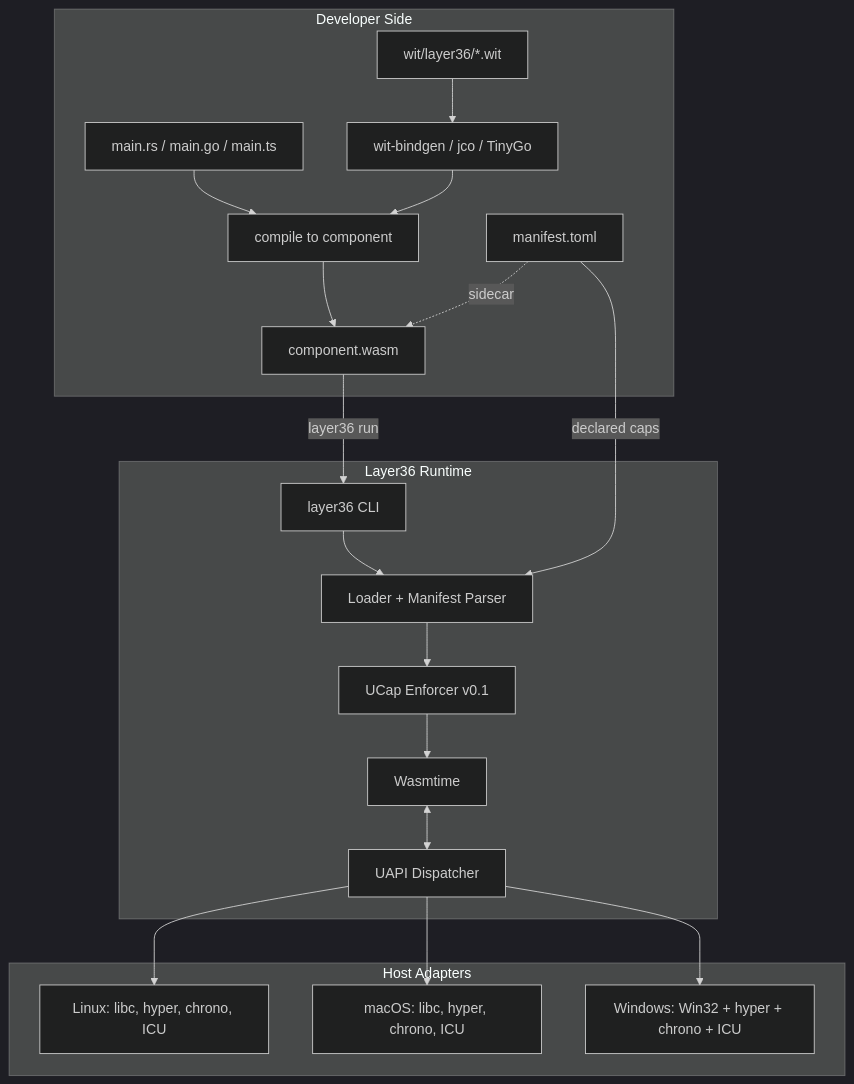
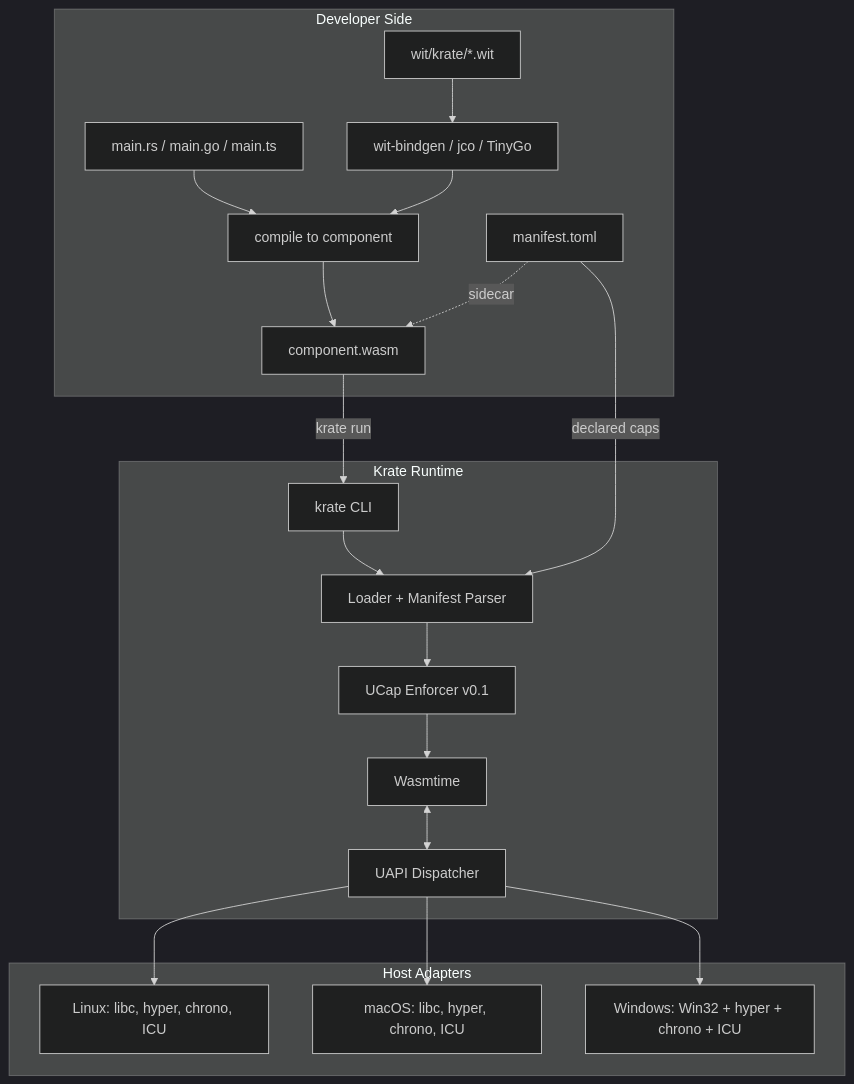
Before and after one commit to incyashraj/krate: the first of 5 diagrams in Plan/Phase-2-Plan.md, drawn with Mermaid (dark theme). The commit also changed other lines of this file and 342 other files, not shown here.

First line of the commit message:
feat!: rename Layer36 to Krate across the entire system (A9 Phase B)

````diff
--- a/Plan/Phase-2-Plan.md
+++ b/Plan/Phase-2-Plan.md
@@ -145,37 +145,37 @@
 ```mermaid
 flowchart TB
     subgraph Dev["Developer Side"]
         SRC["main.rs / main.go / main.ts"]
-        WIT["wit/layer36/*.wit"]
+        WIT["wit/krate/*.wit"]
         WITG["wit-bindgen / jco / TinyGo"]
         CC["compile to component"]
         MANIFEST["manifest.toml"]
         COMP["component.wasm"]
         SRC --> CC
         WIT --> WITG --> CC
         CC --> COMP
         MANIFEST -.sidecar.-> COMP
     end
 
-    subgraph RT["Layer36 Runtime"]
-        CLI["layer36 CLI"]
+    subgraph RT["Krate Runtime"]
+        CLI["krate CLI"]
         LOAD["Loader + Manifest Parser"]
         UCAP["UCap Enforcer v0.1"]
         ENGINE["Wasmtime"]
         DISP["UAPI Dispatcher"]
         CLI --> LOAD --> UCAP --> ENGINE
         ENGINE <--> DISP
     end
 
     subgraph ADPT["Host Adapters"]
         LINUX["Linux: libc, hyper, chrono, ICU"]
         MACOS["macOS: libc, hyper, chrono, ICU"]
         WIN["Windows: Win32 + hyper + chrono + ICU"]
     end
 
-    COMP -->|layer36 run| CLI
+    COMP -->|krate run| CLI
     MANIFEST -->|declared caps| LOAD
     DISP --> LINUX
     DISP --> MACOS
     DISP --> WIN
 ```
````
